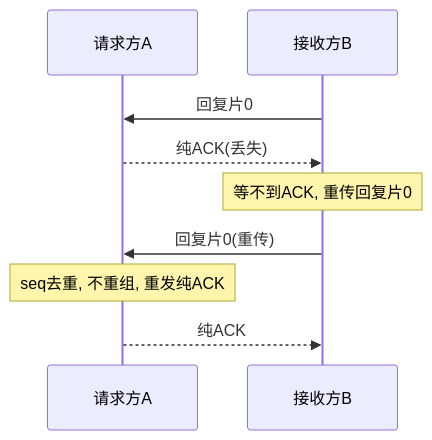
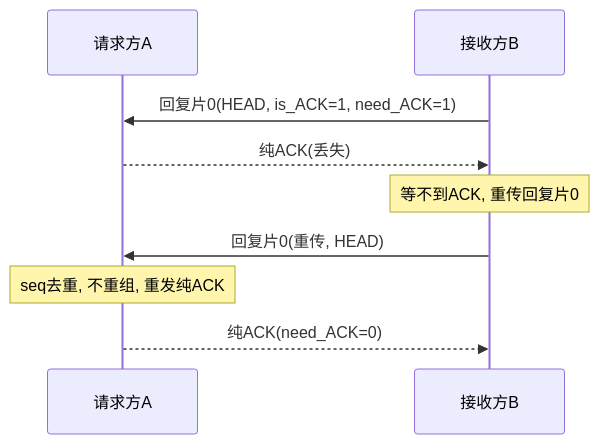
One commit to Siaiai/ObsidianNote changed the tenth of 13 diagrams in 工作/项目/代码/260401S3分拣面板-SIA-R9000P.md. Above: the diagram before and after it, drawn with Mermaid. The commit also changed other lines of this file, not shown here.

````diff
--- a/工作/项目/代码/260401S3分拣面板-SIA-R9000P.md
+++ b/工作/项目/代码/260401S3分拣面板-SIA-R9000P.md
@@ -192,11 +234,11 @@
 ```mermaid
 sequenceDiagram
     participant A as 请求方A
     participant B as 接收方B
-    B->>A: 回复片0
+    B->>A: 回复片0(HEAD, is_ACK=1, need_ACK=1)
     A-->>B: 纯ACK(丢失)
     Note over B: 等不到ACK, 重传回复片0
-    B->>A: 回复片0(重传)
+    B->>A: 回复片0(重传, HEAD)
     Note over A: seq去重, 不重组, 重发纯ACK
-    A-->>B: 纯ACK
+    A-->>B: 纯ACK(need_ACK=0)
 ```
````
